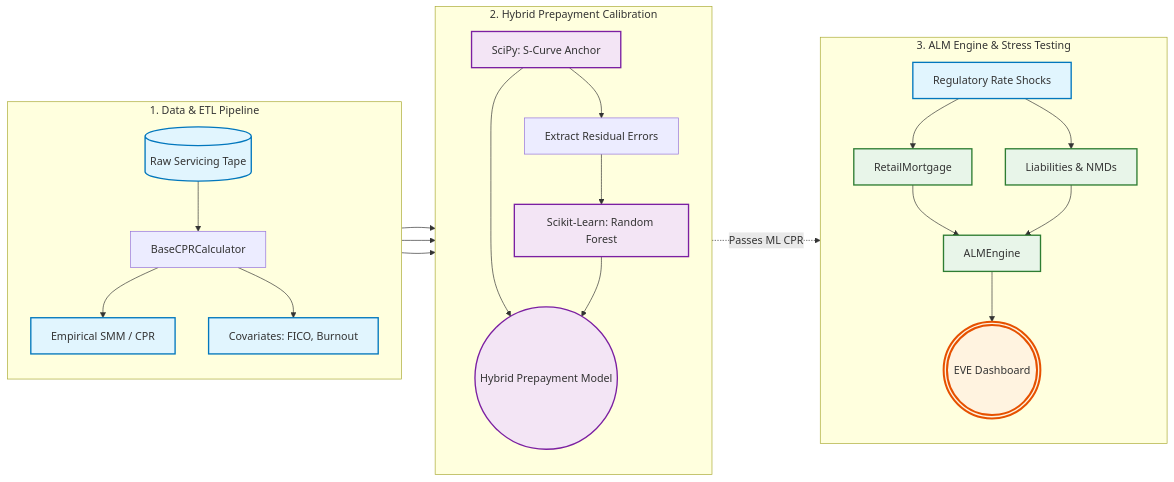
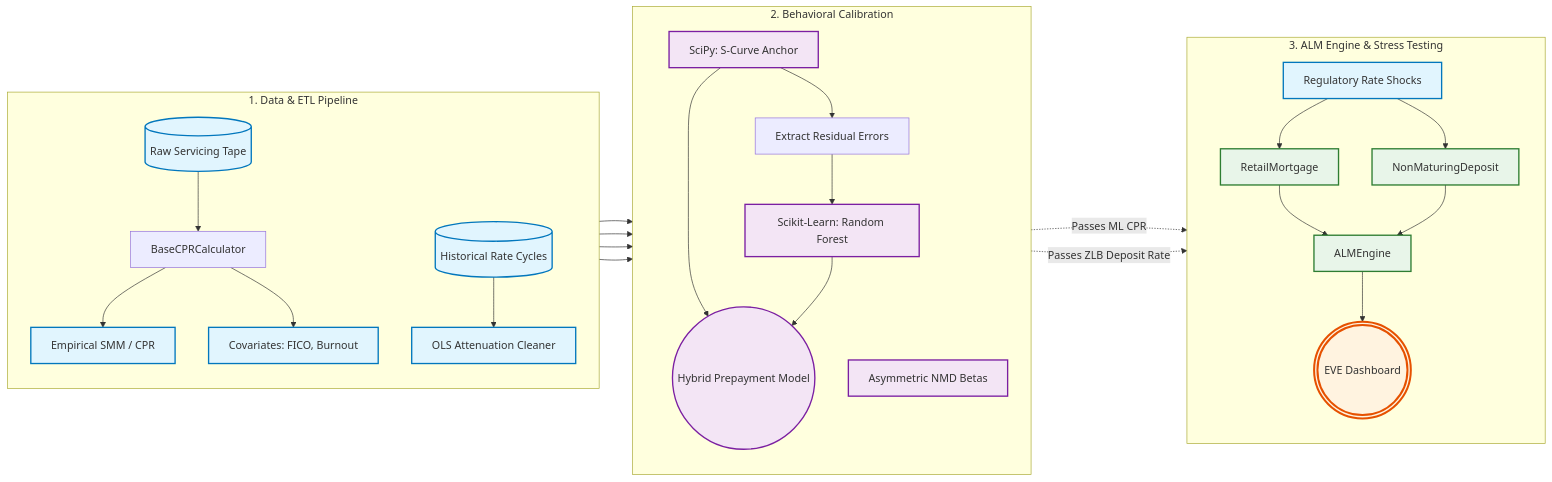
One commit to heflinspencer/alm_models changed the diagram in README.md. Above: the diagram before and after it, drawn with Mermaid. The commit also changed other lines of this file, not shown here.

Commit message:
docs: update README with NMD models and corrected repository structure

````diff
--- a/README.md
+++ b/README.md
@@ -7,36 +7,39 @@
 ```mermaid
 flowchart LR
     %% Styling Definitions
     classDef data fill:#e1f5fe,stroke:#0277bd,stroke-width:2px;
     classDef model fill:#f3e5f5,stroke:#7b1fa2,stroke-width:2px;
     classDef engine fill:#e8f5e9,stroke:#2e7d32,stroke-width:2px;
     classDef output fill:#fff3e0,stroke:#e65100,stroke-width:3px;
 
     %% 1. Data Pipeline
     subgraph ETL [1. Data & ETL Pipeline]
         direction TB
         Tape[(Raw Servicing Tape)]:::data --> Calc[BaseCPRCalculator]
         Calc --> SMM[Empirical SMM / CPR]:::data
         Calc --> Cov[Covariates: FICO, Burnout]:::data
+        Hist[(Historical Rate Cycles)]:::data --> OLS[OLS Attenuation Cleaner]:::data
     end
 
-    %% 2. Hybrid Calibration
-    subgraph ML [2. Hybrid Prepayment Calibration]
+    %% 2. Behavioral Calibration
+    subgraph ML [2. Behavioral Calibration]
         direction TB
         SMM --> SCurve[SciPy: S-Curve Anchor]:::model
         SCurve --> Res[Extract Residual Errors]
         SMM --> Res
         Res & Cov --> RF[Scikit-Learn: Random Forest]:::model
         SCurve & RF --> Hybrid((Hybrid Prepayment Model)):::model
+        OLS --> NMDB[Asymmetric NMD Betas]:::model
     end
 
     %% 3. ALM Pricing Engine
     subgraph ALM [3. ALM Engine & Stress Testing]
         direction TB
         YC[Regulatory Rate Shocks]:::data --> Mort[RetailMortgage]:::engine
         Hybrid -. "Passes ML CPR" .-> Mort
-        YC --> Liab[Liabilities & NMDs]:::engine
+        YC --> Liab[NonMaturingDeposit]:::engine
+        NMDB -. "Passes ZLB Deposit Rate" .-> Liab
         Mort & Liab --> AE[ALMEngine]:::engine
         AE --> EVE(((EVE Dashboard))):::output
     end
 ```
````
